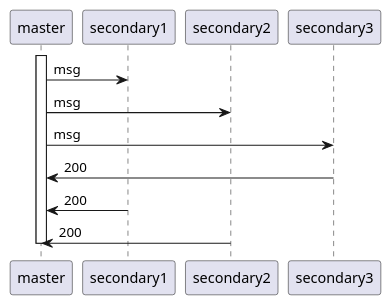
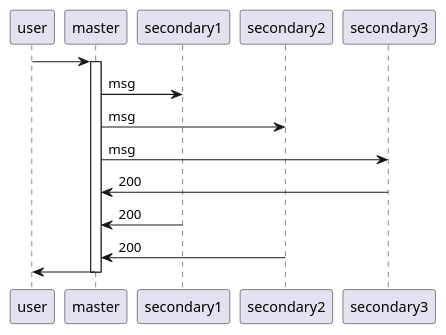
One commit to aramattamara/uku_replicated_log changed the diagram in t.plantuml. Above: the diagram before and after it, drawn with PlantUML.

Commit message:
sequence diagram for v2, add user

```diff
--- a/t.plantuml
+++ b/t.plantuml
@@ -1,15 +1,18 @@
 @startuml
+user -> master
+
 activate master
 master -> secondary1: msg
 master -> secondary2: msg
 master -> secondary3: msg
 
 'as_completed
 
 master <- secondary3 : 200
 master <- secondary1 : 200
 master <- secondary2 : 200
 
+user  <- master
 deactivate master
 
 @enduml
```
